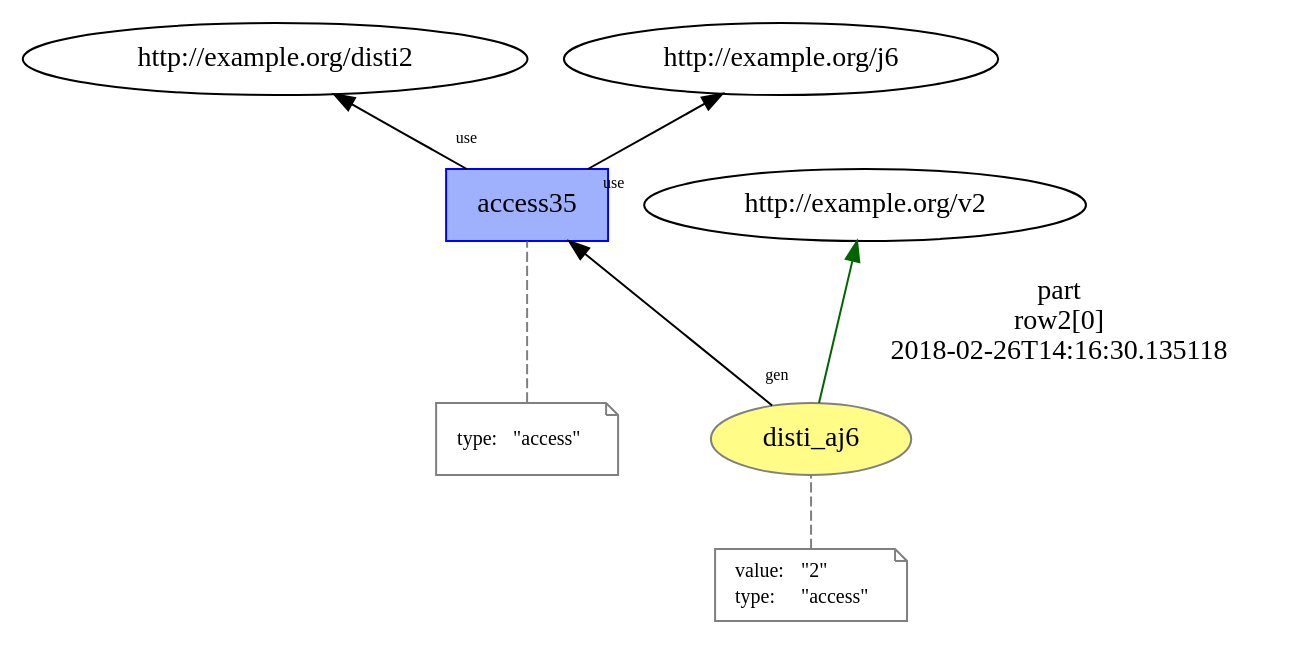
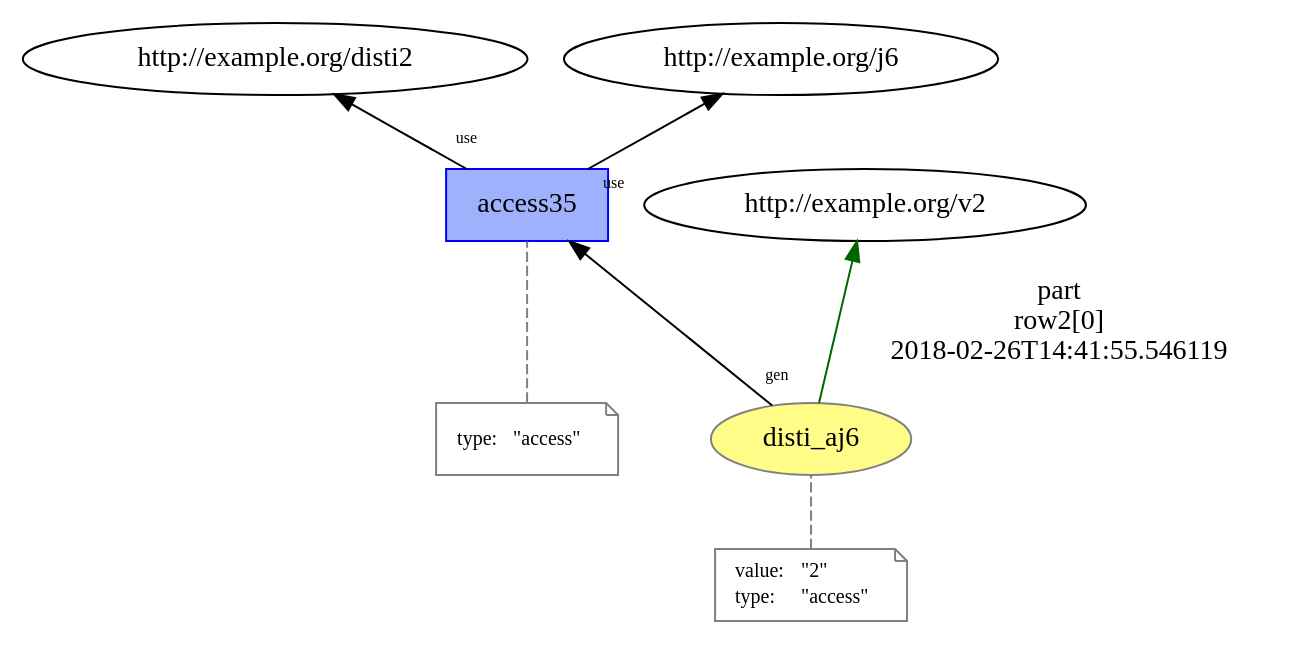
One commit to dew-uff/versioned-prov changed the diagram in mutable_prov/temp/L15__access6.dot. Above: the diagram before and after it, drawn with Graphviz. The commit also changed 527 other files, not shown here.

```diff
--- a/mutable_prov/temp/L15__access6.dot
+++ b/mutable_prov/temp/L15__access6.dot
@@ -1,28 +1,28 @@
 digraph "PROV" { size="16,12"; rankdir="BT";
 "http://example.org/disti_aj6" [fillcolor="#FFFC87",color="#808080",style="filled",label="disti_aj6",URL="http://example.org/disti_aj6"]
 "-attrs0" [color="gray",shape="note",fontsize="10",fontcolor="black",label=<<TABLE cellpadding="0" border="0">
 	<TR>
 	    <TD align="left">value:</TD>
 	    <TD align="left">&quot;2&quot;</TD>
 	</TR>
 	<TR>
 	    <TD align="left">type:</TD>
 	    <TD align="left">&quot;access&quot;</TD>
 	</TR>
 </TABLE>>]
 "-attrs0" -> "http://example.org/disti_aj6" [color="gray",style="dashed",arrowhead="none"]
 "http://example.org/disti_aj6" -> "http://example.org/v2" [labelfontsize="8",labeldistance="1.5",color="darkgreen",labelangle="60.0",rotation="20",label="part
 row2[0]
-2018-02-26T14:16:30.135118"]
+2018-02-26T14:41:55.546119"]
 "http://example.org/access35" [fillcolor="#9FB1FC",color="#0000FF",shape="polygon",sides="4",style="filled",label="access35",URL="http://example.org/access35"]
 "-attrs1" [color="gray",shape="note",fontsize="10",fontcolor="black",label=<<TABLE cellpadding="0" border="0">
 	<TR>
 	    <TD align="left">type:</TD>
 	    <TD align="left">&quot;access&quot;</TD>
 	</TR>
 </TABLE>>]
 "-attrs1" -> "http://example.org/access35" [color="gray",style="dashed",arrowhead="none"]
 "http://example.org/access35" -> "http://example.org/disti2" [labelfontsize="8",labeldistance="1.5",labelangle="60.0",rotation="20",taillabel="use"]
 "http://example.org/access35" -> "http://example.org/j6" [labelfontsize="8",labeldistance="1.5",labelangle="60.0",rotation="20",taillabel="use"]
 "http://example.org/disti_aj6" -> "http://example.org/access35" [labelfontsize="8",labeldistance="1.5",labelangle="60.0",rotation="20",taillabel="gen"]
 }
```
